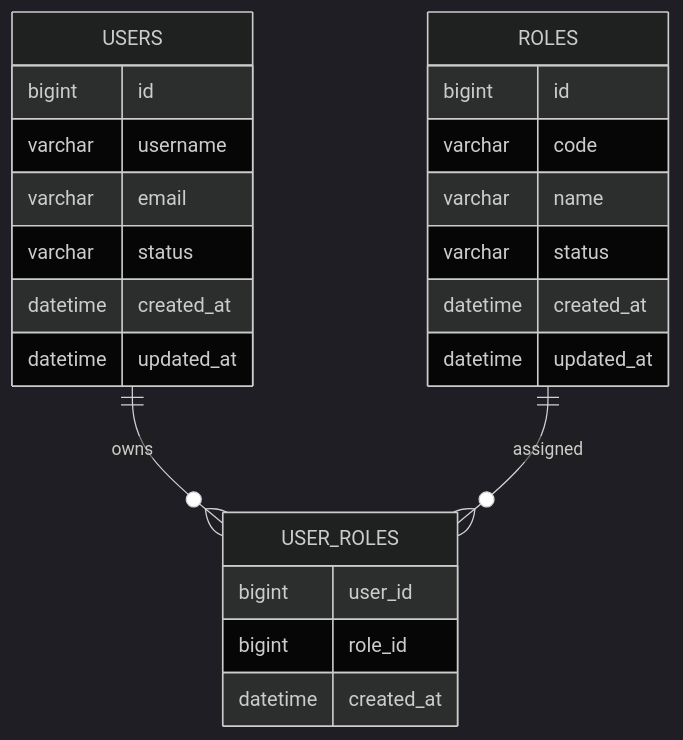
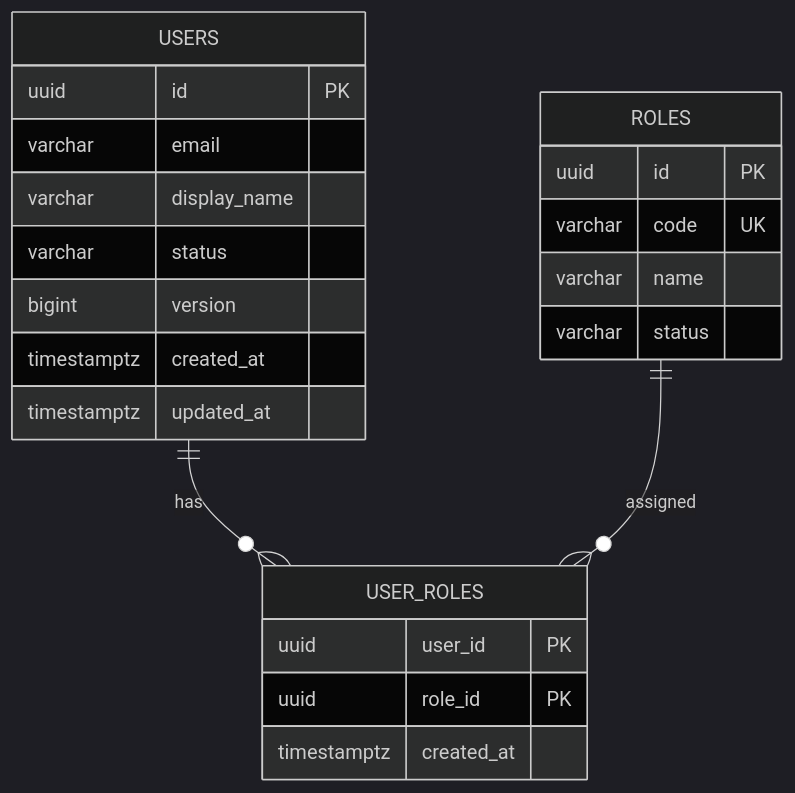
One commit to yokry-he/yok-study-web changed the second of 6 diagrams in docs/java/spring-boot-project-from-zero.md. Above: the diagram before and after it, drawn with Mermaid (dark theme). The commit also changed other lines of this file and 277 other files, not shown here.

````diff
--- a/docs/java/spring-boot-project-from-zero.md
+++ b/docs/java/spring-boot-project-from-zero.md
@@ -188,29 +187,25 @@
 ```mermaid
 erDiagram
-  USERS ||--o{ USER_ROLES : owns
+  USERS ||--o{ USER_ROLES : has
   ROLES ||--o{ USER_ROLES : assigned
-
   USERS {
-    bigint id
-    varchar username
+    uuid id PK
     varchar email
+    varchar display_name
     varchar status
-    datetime created_at
-    datetime updated_at
+    bigint version
+    timestamptz created_at
+    timestamptz updated_at
   }
-
   ROLES {
-    bigint id
-    varchar code
+    uuid id PK
+    varchar code UK
     varchar name
     varchar status
-    datetime created_at
-    datetime updated_at
   }
-
   USER_ROLES {
-    bigint user_id
-    bigint role_id
-    datetime created_at
+    uuid user_id PK
+    uuid role_id PK
+    timestamptz created_at
   }
 ```
````
